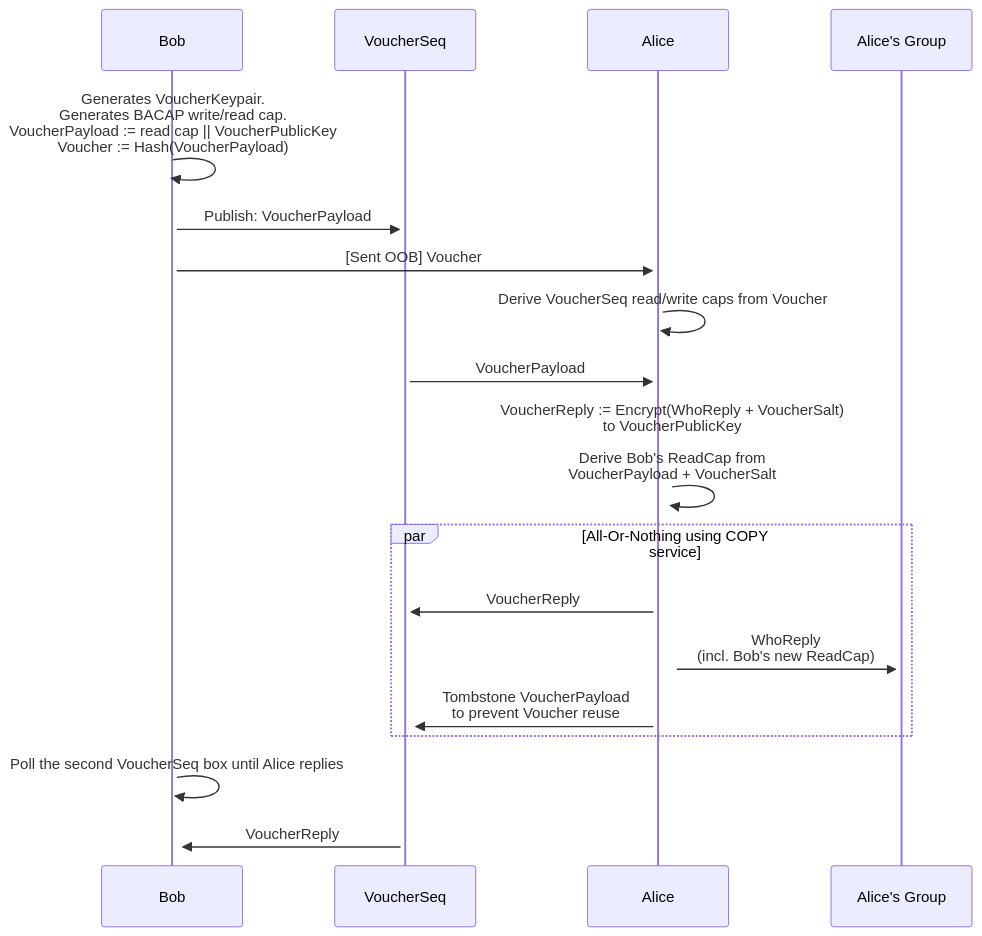
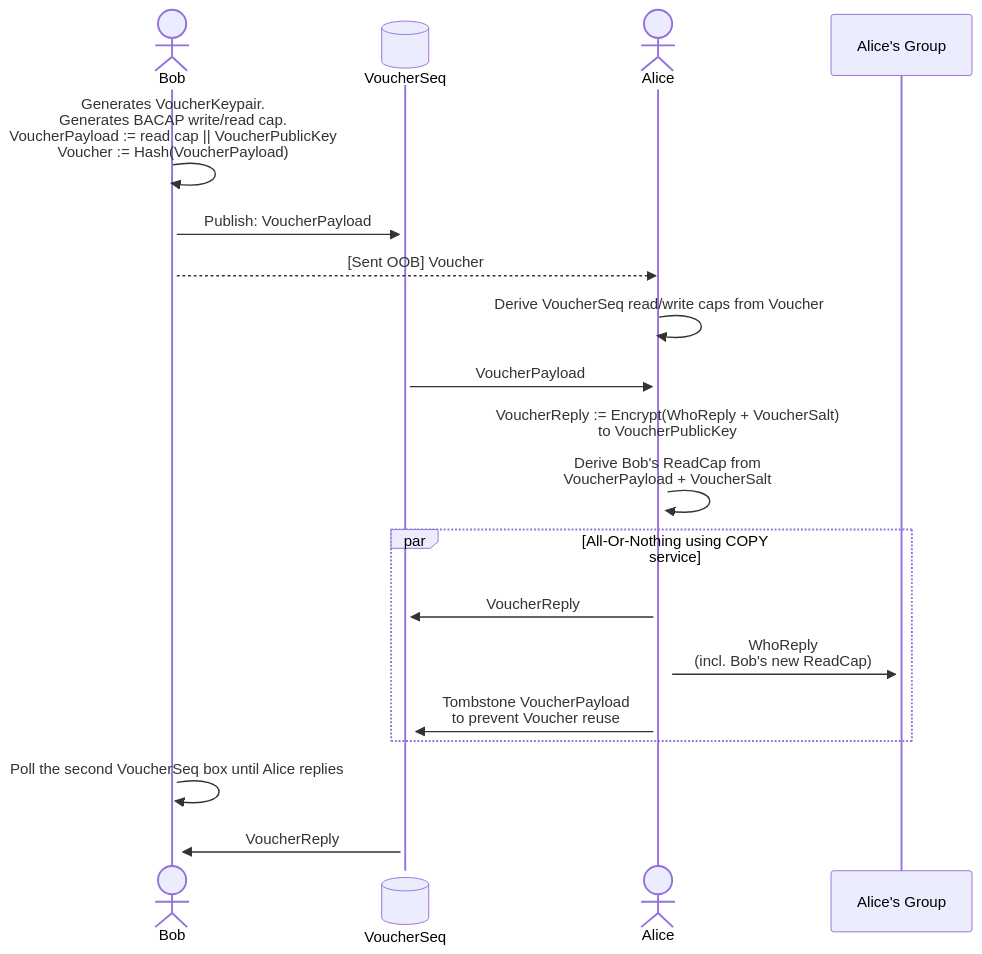
One commit to katzenpost/katzenqt changed the diagram in contact-vouchers.md. Above: the diagram before and after it, drawn with Mermaid.

Commit message:
diagram edit

````diff
--- a/contact-vouchers.md
+++ b/contact-vouchers.md
@@ -20,20 +20,23 @@
 ```mermaid
 sequenceDiagram
+    actor Bob
+    participant VoucherSeq@{ "type" : "database" }
+    actor Alice
     Bob->>+Bob: Generates VoucherKeypair. <br>Generates BACAP write/read cap.<br>VoucherPayload := read cap || VoucherPublicKey<br>Voucher := Hash(VoucherPayload)
     Bob->>+VoucherSeq: Publish: VoucherPayload
-    Bob->>+Alice: [Sent OOB] Voucher
+    Bob-->>Alice: [Sent OOB] Voucher
 
 
     Alice->>+Alice: Derive VoucherSeq read/write caps from Voucher
     VoucherSeq->>+Alice: VoucherPayload
  
     Alice->>+Alice: VoucherReply := Encrypt(WhoReply + VoucherSalt)<br> to VoucherPublicKey<br><br>Derive Bob's ReadCap from<br>VoucherPayload + VoucherSalt
     par_over All-Or-Nothing using COPY service
     Alice->>+VoucherSeq: VoucherReply
     Alice->>+Alice's Group: WhoReply<br>(incl. Bob's new ReadCap)
     Alice->>+VoucherSeq: Tombstone VoucherPayload<br>to prevent Voucher reuse
     end
 
     Bob->>+Bob: Poll the second VoucherSeq box until Alice replies
     VoucherSeq->>+Bob: VoucherReply
 ```
````
